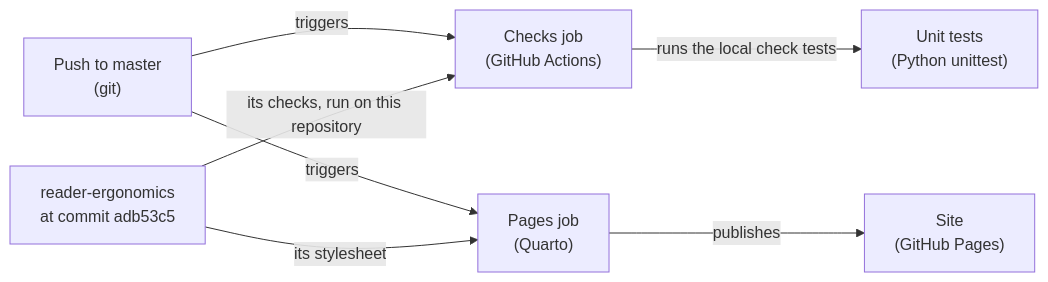
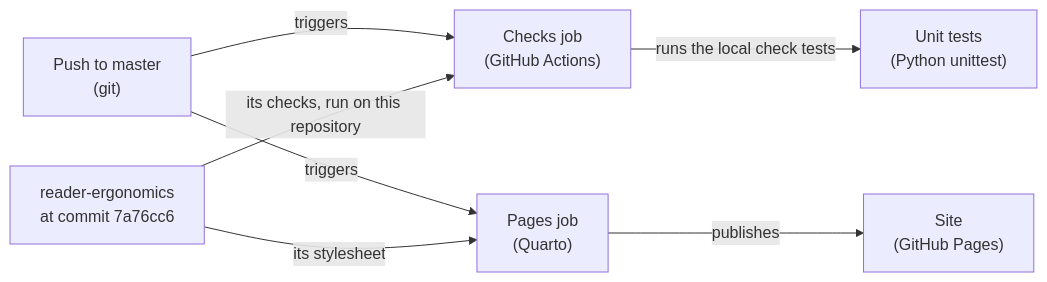
Before and after one commit to Tewf/reader-ergonomics-software-design: the diagram in shapes/system-diagram.md, drawn with Mermaid. The commit also changed other lines of this file and 29 other files, not shown here.

First line of the commit message:
Move to reader-ergonomics v1.13.0 and hand it standard-links

````diff
--- a/shapes/system-diagram.md
+++ b/shapes/system-diagram.md
@@ -80,9 +80,9 @@
 ```mermaid
 flowchart LR
     push["Push to master<br/>(git)"] -->|"triggers"| checks["Checks job<br/>(GitHub Actions)"]
-    standard["reader-ergonomics<br/>at commit adb53c5"] -->|"its checks, run on this repository"| checks
+    standard["reader-ergonomics<br/>at commit 7a76cc6"] -->|"its checks, run on this repository"| checks
     checks -->|"runs the local check tests"| tests["Unit tests<br/>(Python unittest)"]
     push -->|"triggers"| pages["Pages job<br/>(Quarto)"]
     standard -->|"its stylesheet"| pages
     pages -->|"publishes"| site["Site<br/>(GitHub Pages)"]
 ```
````
